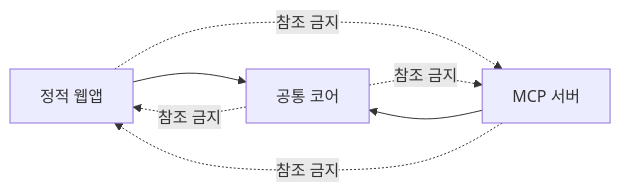
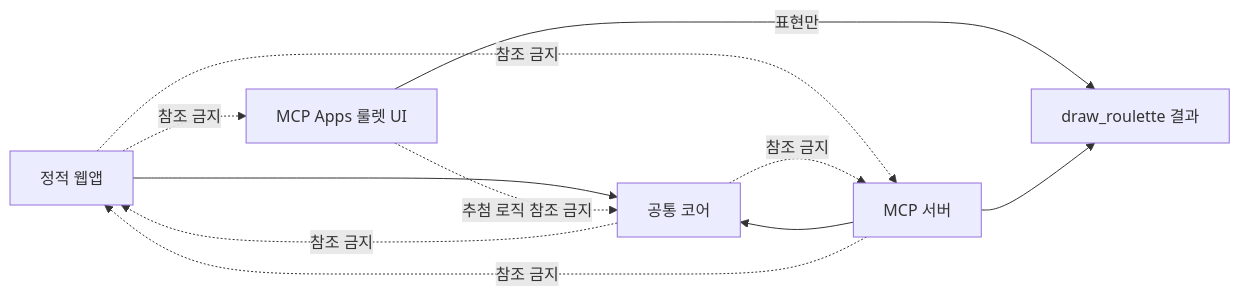
One commit to tinywolf/roulette changed the first of 2 diagrams in docs/feature/remote-mcp/SPEC.md. Above: the diagram before and after it, drawn with Mermaid. The commit also changed other lines of this file and 25 other files, not shown here.

Commit message:
MCP Apps 룰렛 애니메이션을 원격 추첨 결과에 연동

````diff
--- a/docs/feature/remote-mcp/SPEC.md
+++ b/docs/feature/remote-mcp/SPEC.md
@@ -219,9 +260,13 @@
 ```mermaid
 flowchart LR
     Web["정적 웹앱"] --> Core["공통 코어"]
     Mcp["MCP 서버"] --> Core
+    McpApp["MCP Apps 룰렛 UI"] -->|"표현만"| McpResult["draw_roulette 결과"]
+    Mcp --> McpResult
     Web -. 참조 금지 .-> Mcp
     Mcp -. 참조 금지 .-> Web
+    Web -. 참조 금지 .-> McpApp
+    McpApp -. 추첨 로직 참조 금지 .-> Core
     Core -. 참조 금지 .-> Web
     Core -. 참조 금지 .-> Mcp
 ```
````
